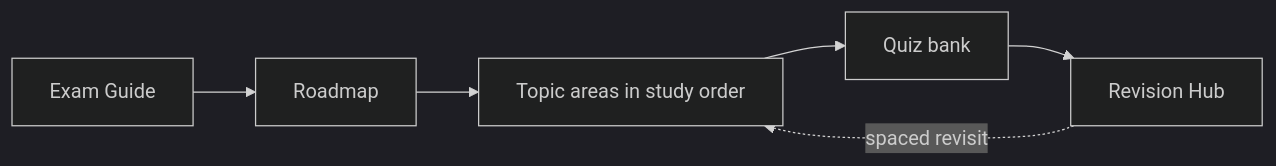
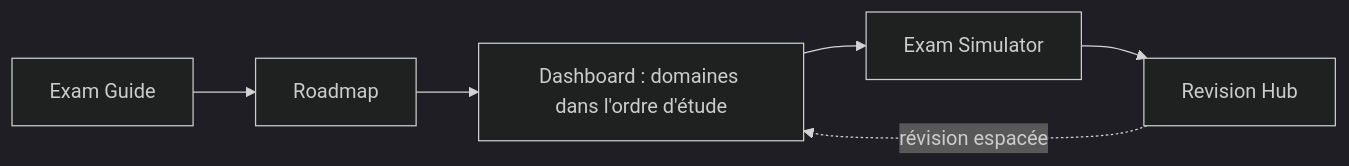
Before and after one commit to jasseryah-mazars/Sf-8.0: the diagram in docs/index.fr.md, drawn with Mermaid (dark theme). The commit also changed other lines of this file and 14 other files, not shown here.

````diff
--- a/docs/index.fr.md
+++ b/docs/index.fr.md
@@ -29,8 +140,8 @@
 ```mermaid
 flowchart LR
     G[Exam Guide] --> R[Roadmap]
-    R --> A[Topic areas in study order]
-    A --> Q[Quiz bank]
+    R --> A[Dashboard : domaines dans l'ordre d'étude]
+    A --> Q[Exam Simulator]
     Q --> V[Revision Hub]
-    V -.spaced revisit.-> A
+    V -.révision espacée.-> A
 ```
````
